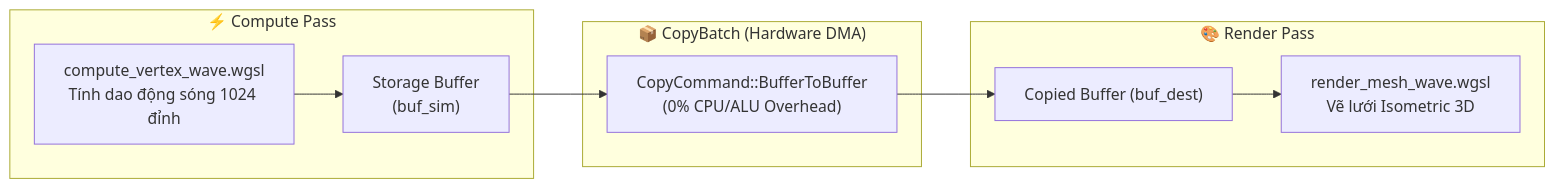
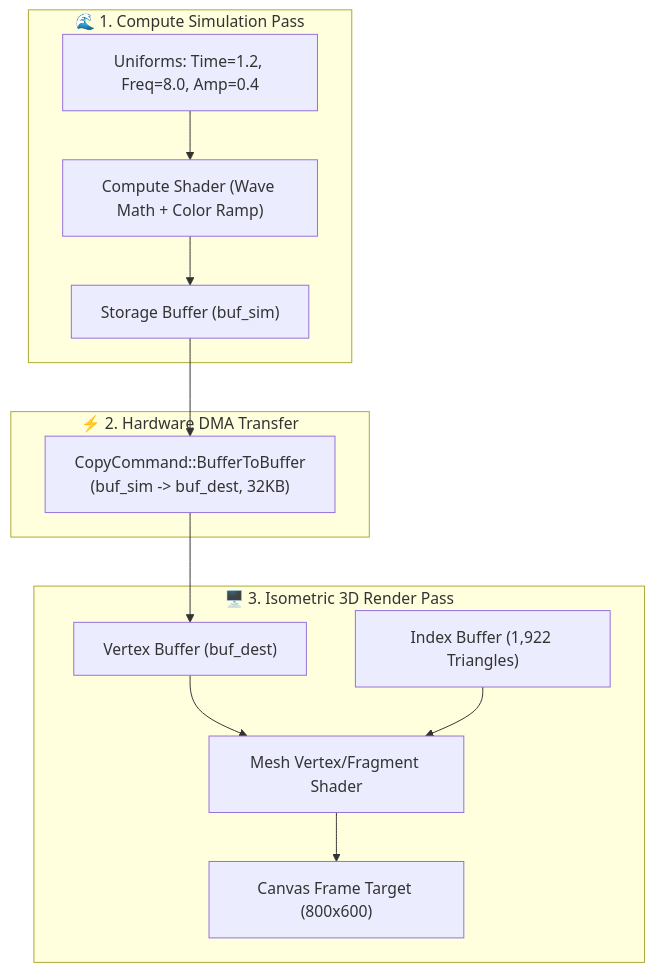
The diagram in crates/ifol-gpu/tests/reports/tc102_buffer_copy_report.md (danphong23/ifol-animation), drawn with Mermaid before and after one commit. The commit also changed other lines of this file and 50 other files, not shown here.

````diff
--- a/crates/ifol-gpu/tests/reports/tc102_buffer_copy_report.md
+++ b/crates/ifol-gpu/tests/reports/tc102_buffer_copy_report.md
@@ -19,20 +19,26 @@
 ```mermaid
-flowchart LR
-    subgraph Compute_Pass["⚡ Compute Pass"]
-        SIM["compute_vertex_wave.wgsl<br/>Tính dao động sóng 1024 đỉnh"]
-        BUF_SIM["Storage Buffer<br/>(buf_sim)"]
-        SIM --> BUF_SIM
+flowchart TD
+    subgraph Compute_Pass["🌊 1. Compute Simulation Pass"]
+        PARAMS["Uniforms: Time=1.2, Freq=8.0, Amp=0.4"]
+        CS["Compute Shader (Wave Math + Color Ramp)"]
+        BUF_SIM["Storage Buffer (buf_sim)"]
+        PARAMS --> CS --> BUF_SIM
     end
 
-    subgraph DMA_Copy["📦 CopyBatch (Hardware DMA)"]
-        DMA["CopyCommand::BufferToBuffer<br/>(0% CPU/ALU Overhead)"]
+    subgraph DMA_Transfer["⚡ 2. Hardware DMA Transfer"]
+        DMA["CopyCommand::BufferToBuffer<br/>(buf_sim -> buf_dest, 32KB)"]
         BUF_SIM --> DMA
     end
 
-    subgraph Render_Pass["🎨 Render Pass"]
-        VBO["Copied Buffer (buf_dest)"]
-        MESH["render_mesh_wave.wgsl<br/>Vẽ lưới Isometric 3D"]
-        DMA --> VBO
-        VBO --> MESH
+    subgraph Render_Pass["🖥️ 3. Isometric 3D Render Pass"]
+        BUF_DEST["Vertex Buffer (buf_dest)"]
+        IBO["Index Buffer (1,922 Triangles)"]
+        RS["Mesh Vertex/Fragment Shader"]
+        CANVAS["Canvas Frame Target (800x600)"]
+        
+        DMA --> BUF_DEST
+        BUF_DEST --> RS
+        IBO --> RS
+        RS --> CANVAS
     end
 ```
````
